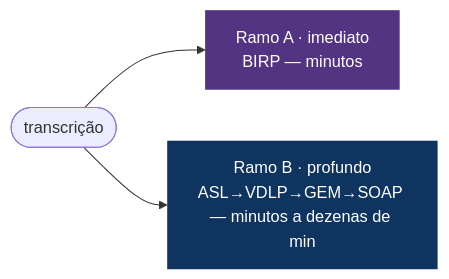
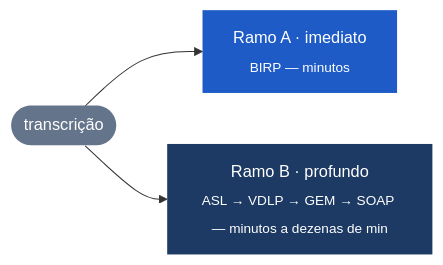
The third of 13 diagrams in README.md (myselfgus/m), drawn with Mermaid before and after one commit. The commit also changed other lines of this file, not shown here.

First line of the commit message:
docs(readme): re-tematiza mermaids no design system + assistente, perfil, elevação

````diff
--- a/README.md
+++ b/README.md
@@ -97,7 +113,9 @@
 ```mermaid
+%%{init: {'theme':'base','themeVariables':{'fontFamily':'-apple-system,BlinkMacSystemFont,"SF Pro Text","Helvetica Neue",Arial,sans-serif','fontSize':'14px','primaryColor':'#EEF2F7','primaryTextColor':'#1C2533','lineColor':'#64748B'}}}%%
 flowchart LR
-    T([transcrição]) --> A["Ramo A · imediato<br/>BIRP — minutos"]:::imediato
-    T --> B["Ramo B · profundo<br/>ASL→VDLP→GEM→SOAP — minutos a dezenas de min"]:::profundo
-    classDef imediato fill:#533483,color:#fff,stroke:none
-    classDef profundo fill:#0f3460,color:#fff,stroke:none
+    T([transcrição]):::stt --> A["Ramo A · imediato<br/><sub>BIRP — minutos</sub>"]:::imediato
+    T --> B["Ramo B · profundo<br/><sub>ASL → VDLP → GEM → SOAP — minutos a dezenas de min</sub>"]:::profundo
+    classDef stt fill:#64748B,color:#fff,stroke:none
+    classDef imediato fill:#1E5BC6,color:#fff,stroke:none
+    classDef profundo fill:#1C3A63,color:#fff,stroke:none
 ```
````
